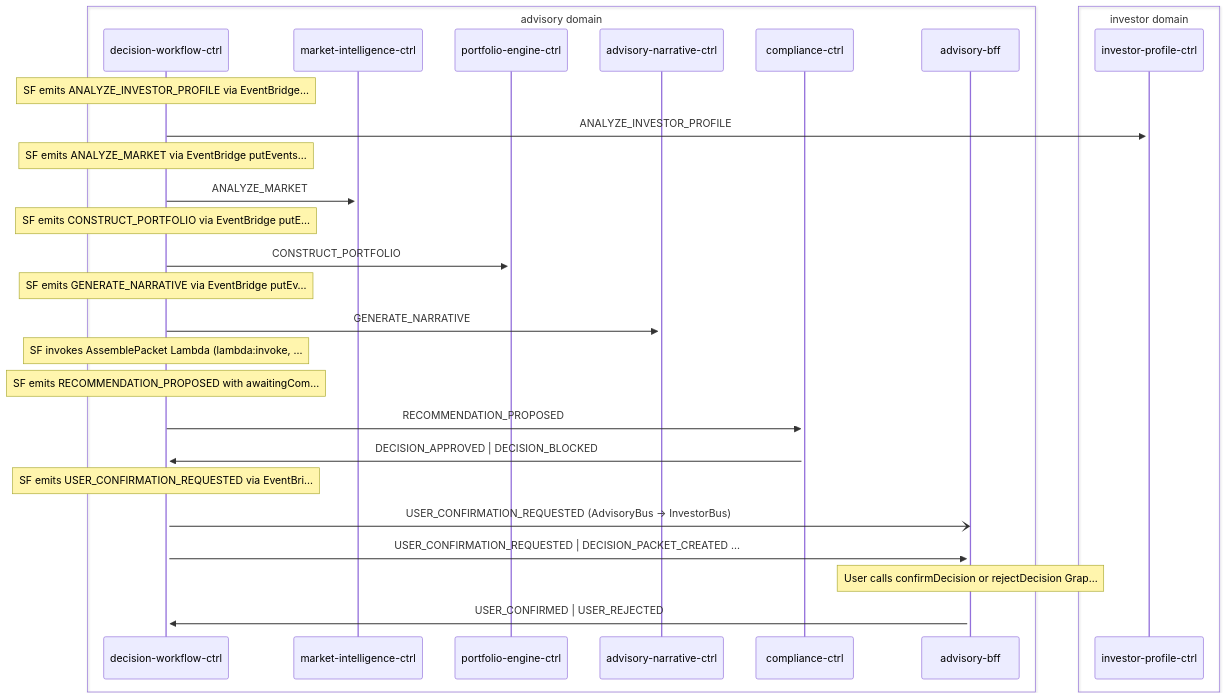
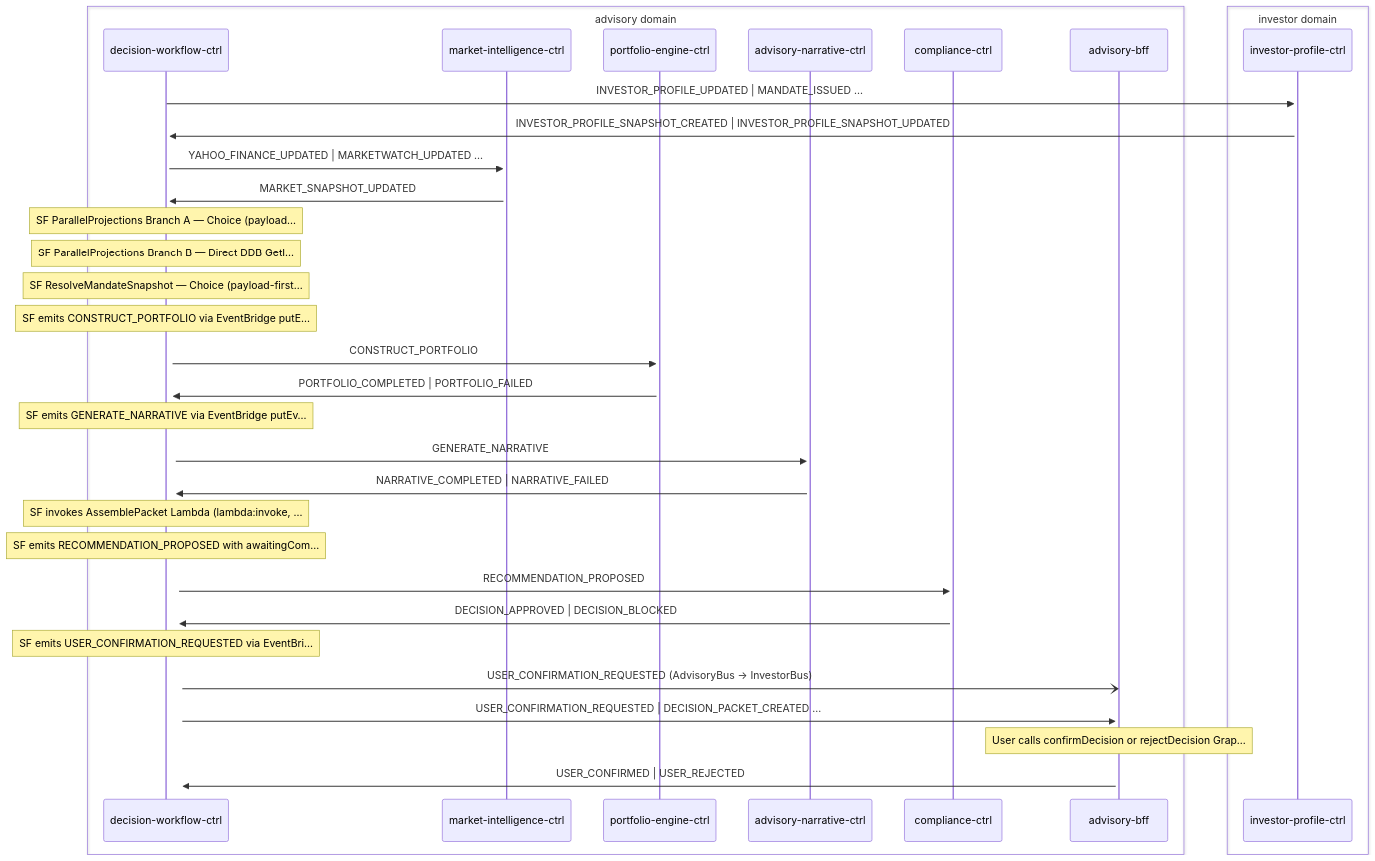
Before and after one commit to fabio-vitali/nestfolio: the second of 2 diagrams in docs/data-flows/advisory-cycle.md, drawn with Mermaid. The commit also changed other lines of this file and 15 other files, not shown here.

First line of the commit message:
docs(architecture): regen advisory-cycle flow + C4 diagrams post-precomputation

````diff
--- a/docs/data-flows/advisory-cycle.md
+++ b/docs/data-flows/advisory-cycle.md
@@ -36,31 +38,36 @@
 ```mermaid
 sequenceDiagram
     box advisory domain
         participant decision_workflow_ctrl as decision-workflow-ctrl
         participant market_intelligence_ctrl as market-intelligence-ctrl
         participant portfolio_engine_ctrl as portfolio-engine-ctrl
         participant advisory_narrative_ctrl as advisory-narrative-ctrl
         participant compliance_ctrl as compliance-ctrl
         participant advisory_bff as advisory-bff
     end
     box investor domain
         participant investor_profile_ctrl as investor-profile-ctrl
     end
-    Note over decision_workflow_ctrl: SF emits ANALYZE_INVESTOR_PROFILE via EventBridge…
-    decision_workflow_ctrl->>+investor_profile_ctrl: ANALYZE_INVESTOR_PROFILE
-    Note over decision_workflow_ctrl: SF emits ANALYZE_MARKET via EventBridge putEvents…
-    decision_workflow_ctrl->>+market_intelligence_ctrl: ANALYZE_MARKET
+    decision_workflow_ctrl->>+investor_profile_ctrl: INVESTOR_PROFILE_UPDATED | MANDATE_ISSUED ...
+    investor_profile_ctrl->>+decision_workflow_ctrl: INVESTOR_PROFILE_SNAPSHOT_CREATED | INVESTOR_PROFILE_SNAPSHOT_UPDATED
+    decision_workflow_ctrl->>+market_intelligence_ctrl: YAHOO_FINANCE_UPDATED | MARKETWATCH_UPDATED ...
+    market_intelligence_ctrl->>+decision_workflow_ctrl: MARKET_SNAPSHOT_UPDATED
+    Note over decision_workflow_ctrl: SF ParallelProjections Branch A — Choice (payload…
+    Note over decision_workflow_ctrl: SF ParallelProjections Branch B — Direct DDB GetI…
+    Note over decision_workflow_ctrl: SF ResolveMandateSnapshot — Choice (payload-first…
     Note over decision_workflow_ctrl: SF emits CONSTRUCT_PORTFOLIO via EventBridge putE…
     decision_workflow_ctrl->>+portfolio_engine_ctrl: CONSTRUCT_PORTFOLIO
+    portfolio_engine_ctrl->>+decision_workflow_ctrl: PORTFOLIO_COMPLETED | PORTFOLIO_FAILED
     Note over decision_workflow_ctrl: SF emits GENERATE_NARRATIVE via EventBridge putEv…
     decision_workflow_ctrl->>+advisory_narrative_ctrl: GENERATE_NARRATIVE
+    advisory_narrative_ctrl->>+decision_workflow_ctrl: NARRATIVE_COMPLETED | NARRATIVE_FAILED
     Note over decision_workflow_ctrl: SF invokes AssemblePacket Lambda (lambda:invoke, …
     Note over decision_workflow_ctrl: SF emits RECOMMENDATION_PROPOSED with awaitingCom…
     decision_workflow_ctrl->>+compliance_ctrl: RECOMMENDATION_PROPOSED
     compliance_ctrl->>+decision_workflow_ctrl: DECISION_APPROVED | DECISION_BLOCKED
     Note over decision_workflow_ctrl: SF emits USER_CONFIRMATION_REQUESTED via EventBri…
     decision_workflow_ctrl-)advisory_bff: USER_CONFIRMATION_REQUESTED (AdvisoryBus → InvestorBus)
     decision_workflow_ctrl->>+advisory_bff: USER_CONFIRMATION_REQUESTED | DECISION_PACKET_CREATED ...
     Note over advisory_bff: User calls confirmDecision or rejectDecision Grap…
     advisory_bff->>+decision_workflow_ctrl: USER_CONFIRMED | USER_REJECTED
 ```
````
